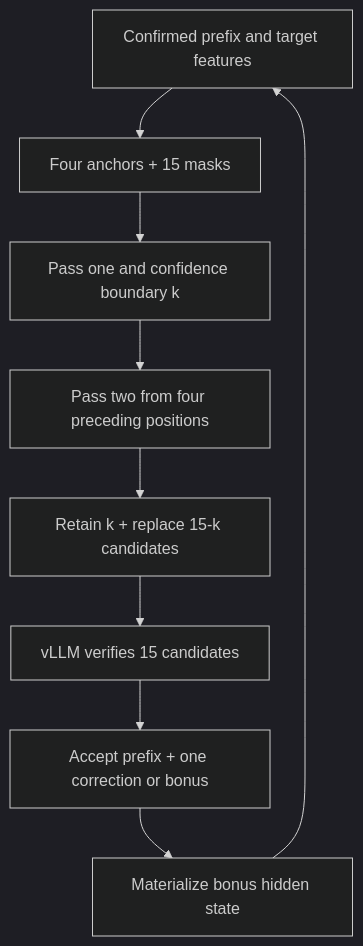
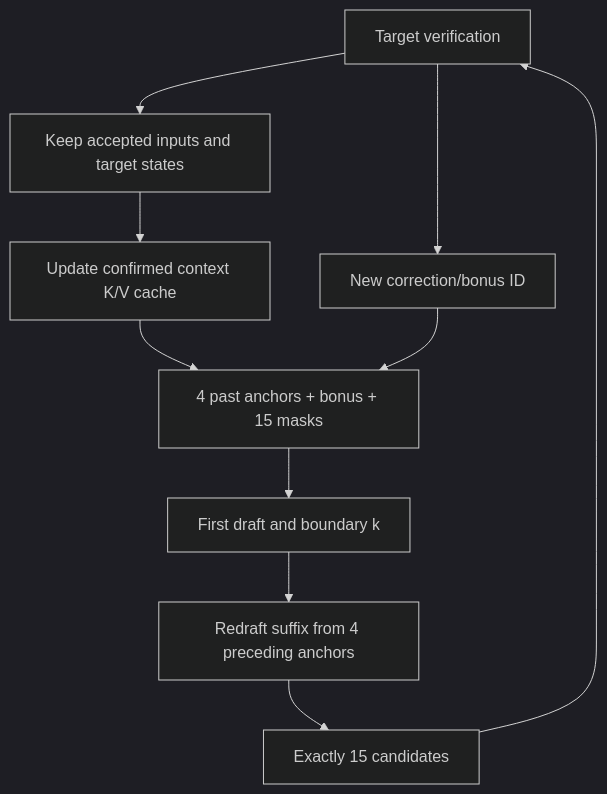
The diagram in four_anchor/VLLM.md (alipourranjbar1/attention_prefix_head), drawn with Mermaid (dark theme) before and after one commit. The commit also changed other lines of this file and 15 other files, not shown here.

````diff
--- a/four_anchor/VLLM.md
+++ b/four_anchor/VLLM.md
@@ -24,11 +32,12 @@
 ```mermaid
 flowchart TD
-    A["Confirmed prefix and target features"] --> B["Four anchors + 15 masks"]
-    B --> C["Pass one and confidence boundary k"]
-    C --> D["Pass two from four preceding positions"]
-    D --> E["Retain k + replace 15-k candidates"]
-    E --> F["vLLM verifies 15 candidates"]
-    F --> G["Accept prefix + one correction or bonus"]
-    G --> H["Materialize bonus hidden state"]
+    A["Target verification"] --> B["Keep accepted inputs and target states"]
+    A --> C["New correction/bonus ID"]
+    B --> D["Update confirmed context K/V cache"]
+    D --> E["4 past anchors + bonus + 15 masks"]
+    C --> E
+    E --> F["First draft and boundary k"]
+    F --> G["Redraft suffix from 4 preceding anchors"]
+    G --> H["Exactly 15 candidates"]
     H --> A
 ```
````
